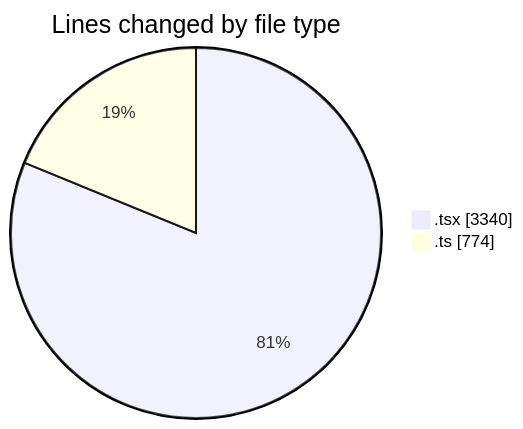
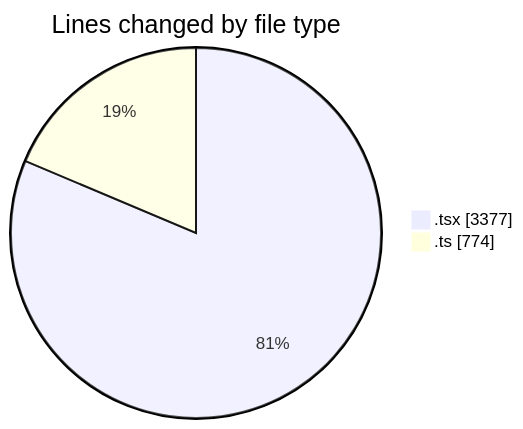
One commit to nxtqubesakshisongat/code-tracking changed the first of 2 diagrams in 2026-04-03/nxtqube_webapp/README.md. Above: the diagram before and after it, drawn with Mermaid. The commit also changed other lines of this file and 1 other file, not shown here.

````diff
--- a/2026-04-03/nxtqube_webapp/README.md
+++ b/2026-04-03/nxtqube_webapp/README.md
@@ -24,6 +24,6 @@
 ```mermaid
 pie showData
 title Lines changed by file type
-".tsx" : 3340
+".tsx" : 3377
 ".ts" : 774
 ```
````
